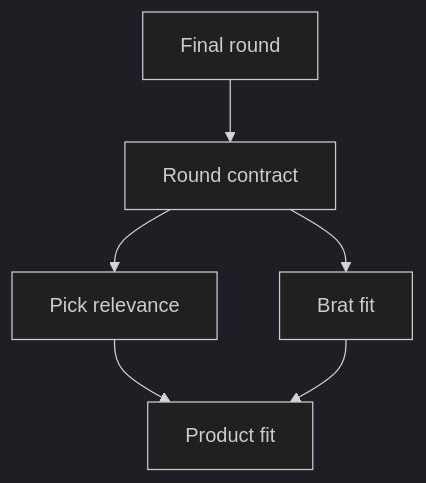
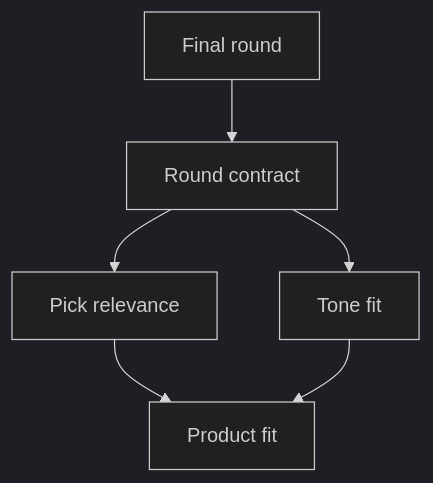
Before and after one commit to tryskian/scorey: the second of 2 diagrams in docs/diagrams/PIPELINE.md, drawn with Mermaid (dark theme). The commit also changed other lines of this file and 44 other files, not shown here.

````diff
--- a/docs/diagrams/PIPELINE.md
+++ b/docs/diagrams/PIPELINE.md
@@ -48,14 +87,14 @@
 ```mermaid
 flowchart TD
   I["Final round"]
   J["Round contract"]
   K["Pick relevance"]
-  L["Brat fit"]
+  L["Tone fit"]
   M["Product fit"]
 
   I --> J
   J --> K
   J --> L
   K --> M
   L --> M
 ```
````
